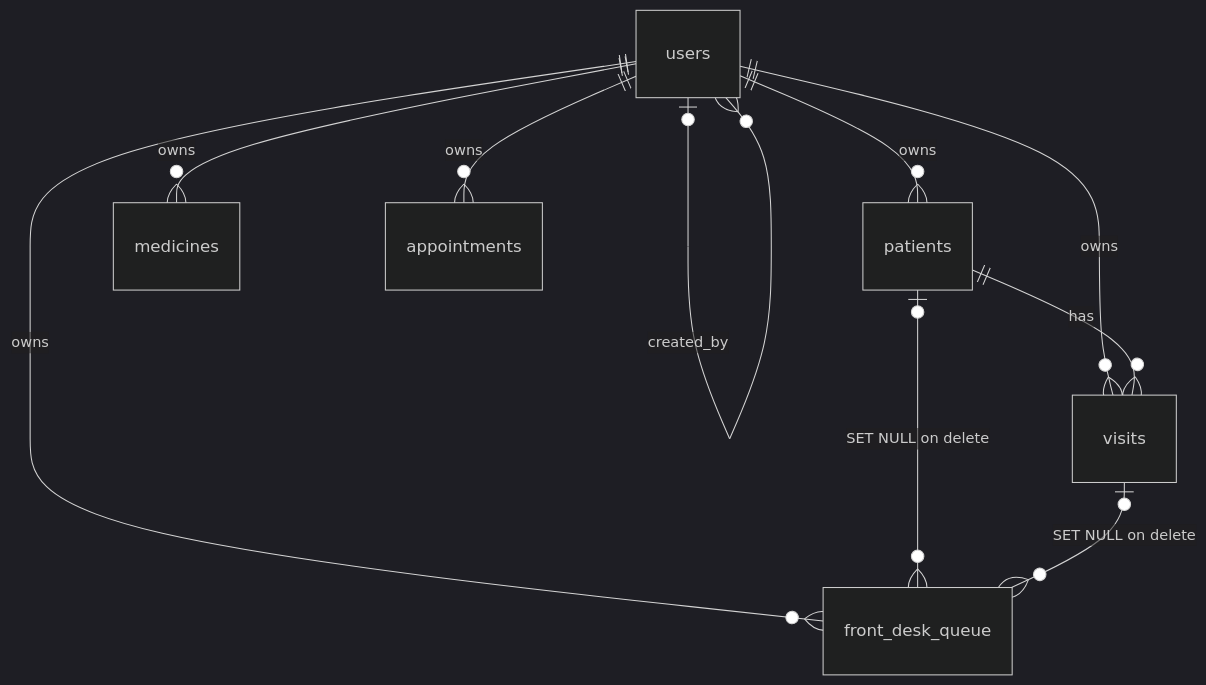
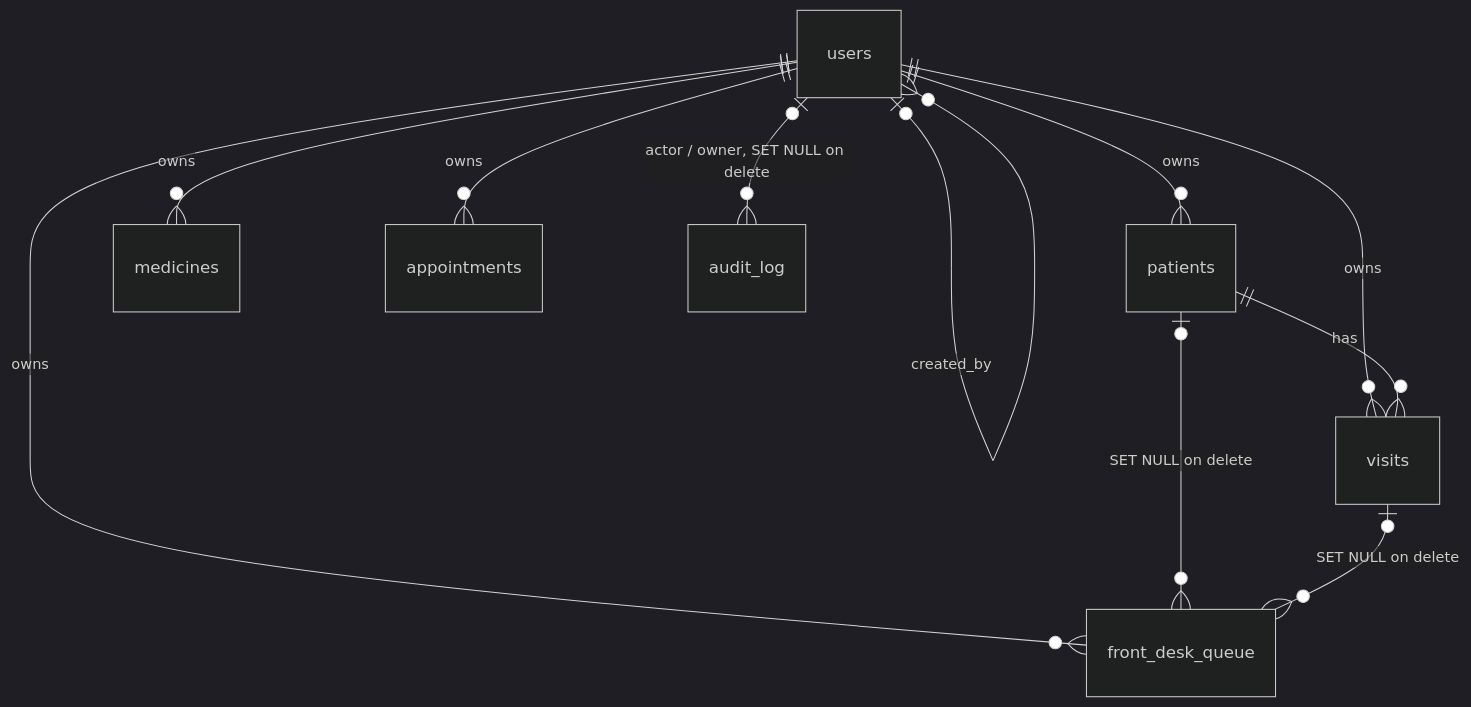
The second of 3 diagrams in architecture.md (Ryan-wong123/Lumieree), drawn with Mermaid (dark theme) before and after one commit. The commit also changed other lines of this file and 30 other files, not shown here.

First line of the commit message:
Add two-factor authentication, audit log, patient export, strict CSP/SRI and supply-chain scanning

````diff
--- a/architecture.md
+++ b/architecture.md
@@ -145,12 +156,13 @@
 ```mermaid
 erDiagram
     users ||--o{ patients : owns
     users ||--o{ medicines : owns
     users ||--o{ visits : owns
     users ||--o{ front_desk_queue : owns
     users ||--o{ appointments : owns
     users |o--o{ users : created_by
+    users |o--o{ audit_log : "actor / owner, SET NULL on delete"
     patients ||--o{ visits : has
     patients |o--o{ front_desk_queue : "SET NULL on delete"
     visits |o--o{ front_desk_queue : "SET NULL on delete"
 ```
````
